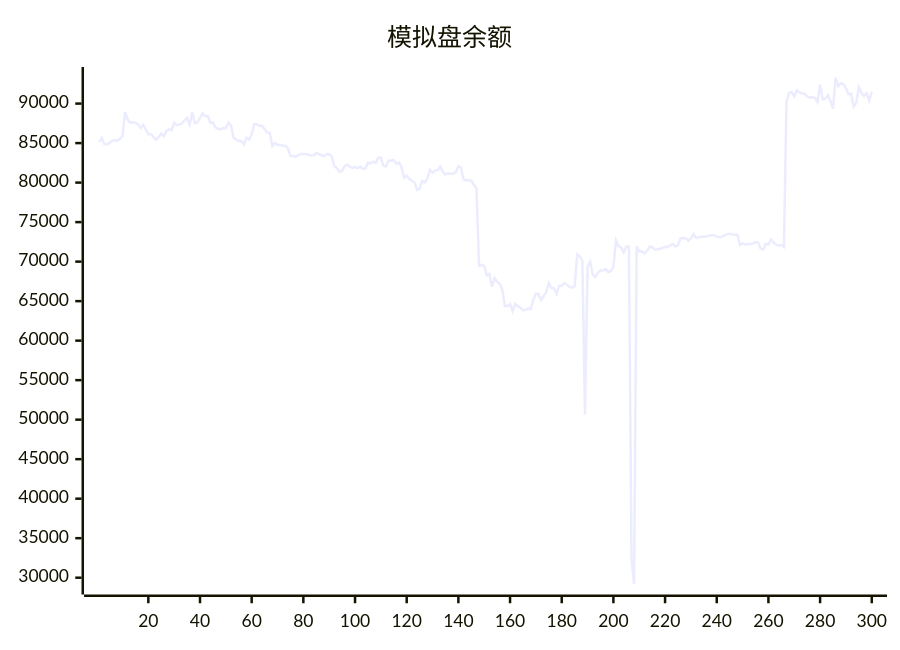
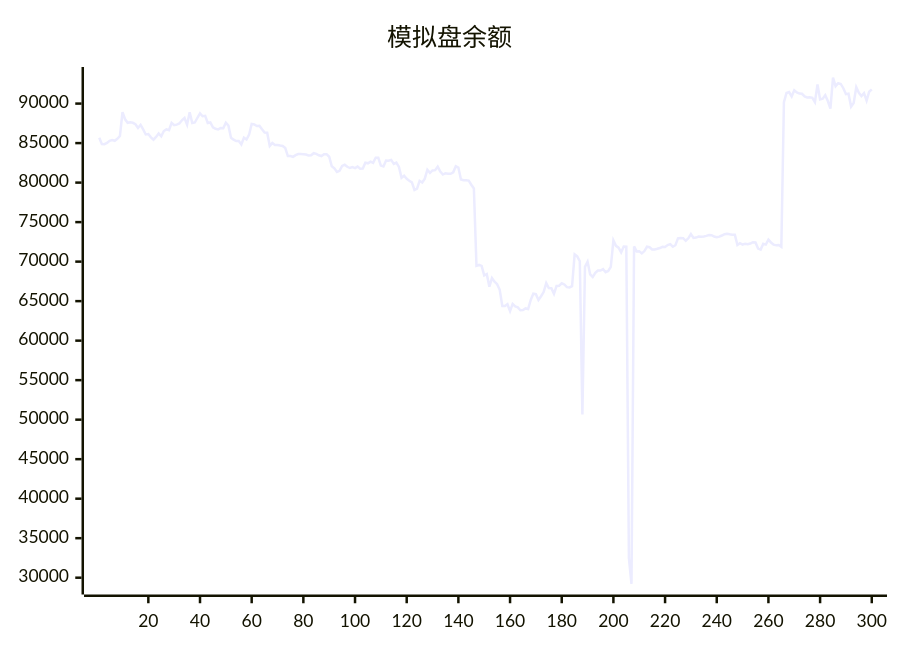
The diagram in README.md (aahl/ai-trading), drawn with Mermaid before and after one commit. The commit also changed other lines of this file and 1 other file, not shown here.

````diff
--- a/README.md
+++ b/README.md
@@ -5,5 +5,5 @@
 ```mermaid
 xychart
     title "模拟盘余额"
-    line [85131,85674,84891,84864,85019,85284,85393,85294,85538,85894,88904,88012,87567,87625,87568,87386,86920,87313,86737,86094,86143,85725,85437,85787,86219,85859,86526,86740,86630,87563,87264,87335,87483,87886,88180,87335,88894,87544,87608,88207,88755,88401,88444,87543,87608,87000,86810,86740,86894,86884,87576,87209,85686,85435,85251,85255,84820,85689,85453,86066,87420,87373,87161,87178,86740,86341,86315,84643,85012,84772,84768,84690,84635,84376,83360,83357,83259,83474,83608,83606,83602,83548,83440,83454,83724,83644,83464,83365,83590,83592,83275,82072,81806,81344,81492,82109,82254,82006,81848,81955,81829,82022,81769,81776,82522,82441,82656,82498,83144,83144,82150,82038,82797,82763,82872,82367,82536,81981,80612,80862,80484,80242,80034,79063,79245,80226,80016,80507,81625,81233,81544,81578,82016,81401,81019,81186,81130,81118,81306,82066,81909,80392,80304,80291,80258,79729,79261,69466,69579,69456,68251,68415,66832,67911,67462,67144,66432,64380,64375,64606,63740,64647,64324,64216,63842,63877,64078,64008,65156,65945,65888,65157,65625,66144,67284,66653,66639,65924,66925,66956,67263,67108,66766,66729,66886,70927,70673,70049,50652,69334,69973,68400,68061,68578,68876,68879,69055,68662,68822,69329,72687,71999,71760,71162,71911,71896,32500,29218,71927,71297,71305,71044,71337,71883,71822,71536,71536,71622,71723,71880,71860,72100,72216,71887,72077,72940,72976,72966,72638,72948,73497,73004,73041,73173,73160,73186,73258,73375,73351,73173,73098,73161,73305,73474,73536,73457,73413,73412,72100,72333,72164,72272,72204,72285,72461,72421,71652,71521,72267,72157,72774,72424,72144,72060,72091,71858,90185,91338,91466,90900,91678,91404,91268,91244,90903,90779,90787,90721,90187,92429,90518,90619,91070,90328,89376,93286,92202,92581,92485,91947,91196,91259,89619,90086,92063,91355,90950,91327,90373,91498]
+    line [85674,84891,84864,85019,85284,85393,85294,85538,85894,88904,88012,87567,87625,87568,87386,86920,87313,86737,86094,86143,85725,85437,85787,86219,85859,86526,86740,86630,87563,87264,87335,87483,87886,88180,87335,88894,87544,87608,88207,88755,88401,88444,87543,87608,87000,86810,86740,86894,86884,87576,87209,85686,85435,85251,85255,84820,85689,85453,86066,87420,87373,87161,87178,86740,86341,86315,84643,85012,84772,84768,84690,84635,84376,83360,83357,83259,83474,83608,83606,83602,83548,83440,83454,83724,83644,83464,83365,83590,83592,83275,82072,81806,81344,81492,82109,82254,82006,81848,81955,81829,82022,81769,81776,82522,82441,82656,82498,83144,83144,82150,82038,82797,82763,82872,82367,82536,81981,80612,80862,80484,80242,80034,79063,79245,80226,80016,80507,81625,81233,81544,81578,82016,81401,81019,81186,81130,81118,81306,82066,81909,80392,80304,80291,80258,79729,79261,69466,69579,69456,68251,68415,66832,67911,67462,67144,66432,64380,64375,64606,63740,64647,64324,64216,63842,63877,64078,64008,65156,65945,65888,65157,65625,66144,67284,66653,66639,65924,66925,66956,67263,67108,66766,66729,66886,70927,70673,70049,50652,69334,69973,68400,68061,68578,68876,68879,69055,68662,68822,69329,72687,71999,71760,71162,71911,71896,32500,29218,71927,71297,71305,71044,71337,71883,71822,71536,71536,71622,71723,71880,71860,72100,72216,71887,72077,72940,72976,72966,72638,72948,73497,73004,73041,73173,73160,73186,73258,73375,73351,73173,73098,73161,73305,73474,73536,73457,73413,73412,72100,72333,72164,72272,72204,72285,72461,72421,71652,71521,72267,72157,72774,72424,72144,72060,72091,71858,90185,91338,91466,90900,91678,91404,91268,91244,90903,90779,90787,90721,90187,92429,90518,90619,91070,90328,89376,93286,92202,92581,92485,91947,91196,91259,89619,90086,92063,91355,90950,91327,90373,91498,91800]
 ```
````
